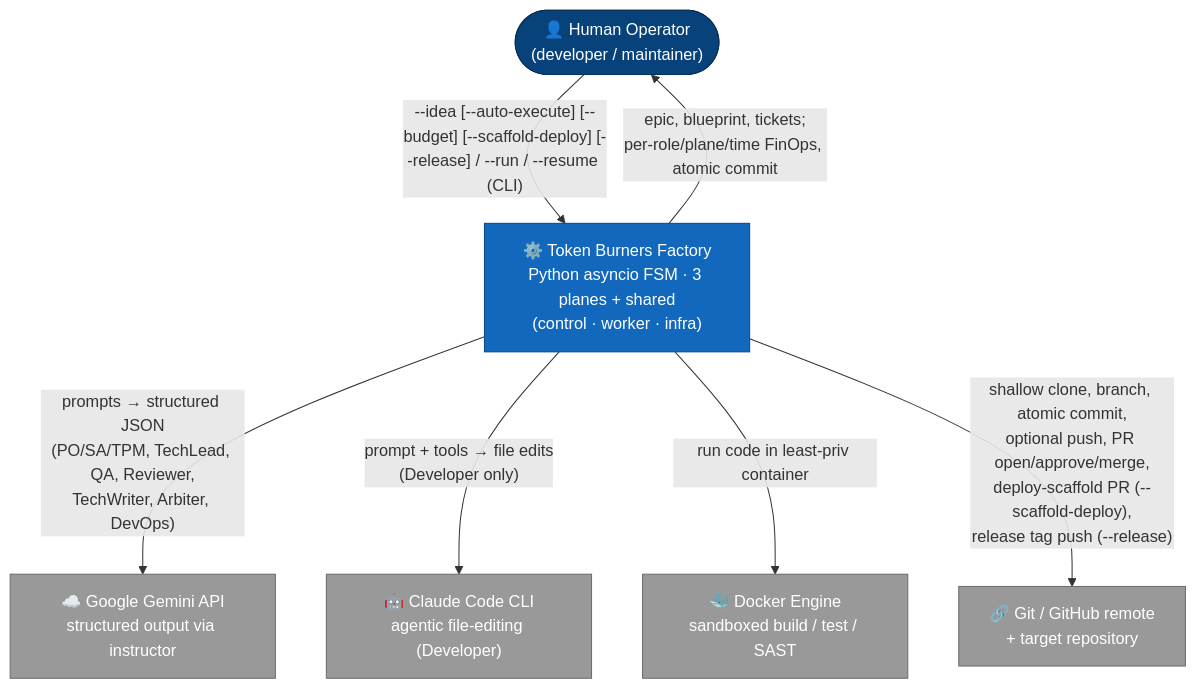
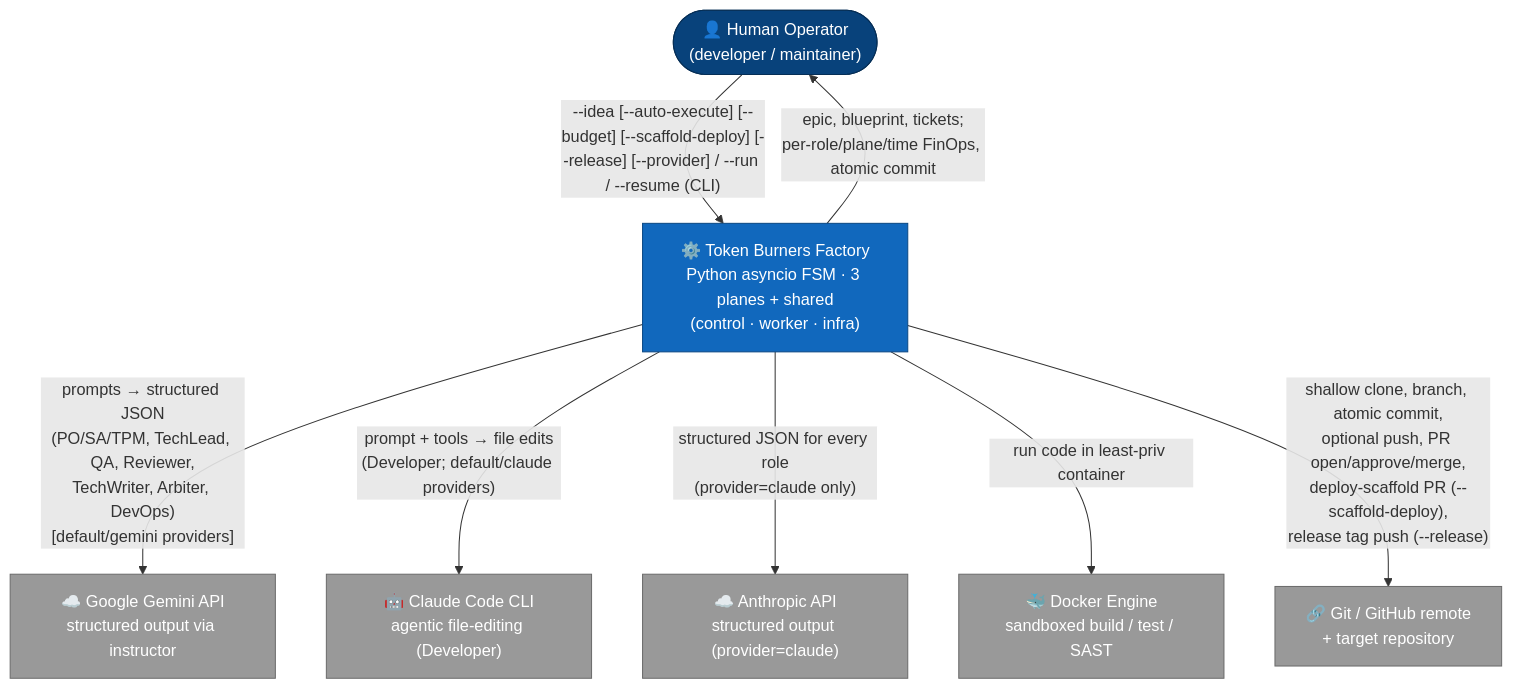
One commit to Cyberthon-2026-Token-Burners/token-burners-factory changed the first of 5 diagrams in docs/ARCHITECTURE.md. Above: the diagram before and after it, drawn with Mermaid. The commit also changed other lines of this file and 17 other files, not shown here.

````diff
--- a/docs/ARCHITECTURE.md
+++ b/docs/ARCHITECTURE.md
@@ -22,26 +22,28 @@
 ```mermaid
 flowchart TB
     human(["👤 Human Operator<br/>(developer / maintainer)"])
 
     engine["⚙️ Token Burners Factory<br/>Python asyncio FSM · 3 planes + shared<br/>(control · worker · infra)"]
 
     gemini["☁️ Google Gemini API<br/>structured output via instructor"]
     claude["🤖 Claude Code CLI<br/>agentic file-editing (Developer)"]
+    anthropic["☁️ Anthropic API<br/>structured output (provider=claude)"]
     docker["🐳 Docker Engine<br/>sandboxed build / test / SAST"]
     github["🔗 Git / GitHub remote<br/>+ target repository"]
 
-    human -->|"--idea [--auto-execute] [--budget] [--scaffold-deploy] [--release] / --run / --resume (CLI)"| engine
+    human -->|"--idea [--auto-execute] [--budget] [--scaffold-deploy] [--release] [--provider] / --run / --resume (CLI)"| engine
     engine -->|"epic, blueprint, tickets;<br/>per-role/plane/time FinOps, atomic commit"| human
 
-    engine -->|"prompts → structured JSON<br/>(PO/SA/TPM, TechLead, QA, Reviewer,<br/>TechWriter, Arbiter, DevOps)"| gemini
-    engine -->|"prompt + tools → file edits<br/>(Developer only)"| claude
+    engine -->|"prompts → structured JSON<br/>(PO/SA/TPM, TechLead, QA, Reviewer,<br/>TechWriter, Arbiter, DevOps)<br/>[default/gemini providers]"| gemini
+    engine -->|"prompt + tools → file edits<br/>(Developer; default/claude providers)"| claude
+    engine -->|"structured JSON for every role<br/>(provider=claude only)"| anthropic
     engine -->|"run code in least-priv container"| docker
     engine -->|"shallow clone, branch, atomic commit,<br/>optional push, PR open/approve/merge,<br/>deploy-scaffold PR (--scaffold-deploy),<br/>release tag push (--release)"| github
 
     classDef sys fill:#1168bd,stroke:#0b4884,color:#fff;
     classDef ext fill:#999,stroke:#6b6b6b,color:#fff;
     classDef person fill:#08427b,stroke:#052e56,color:#fff;
     class engine sys;
-    class gemini,claude,docker,github ext;
+    class gemini,claude,anthropic,docker,github ext;
     class human person;
 ```
````
